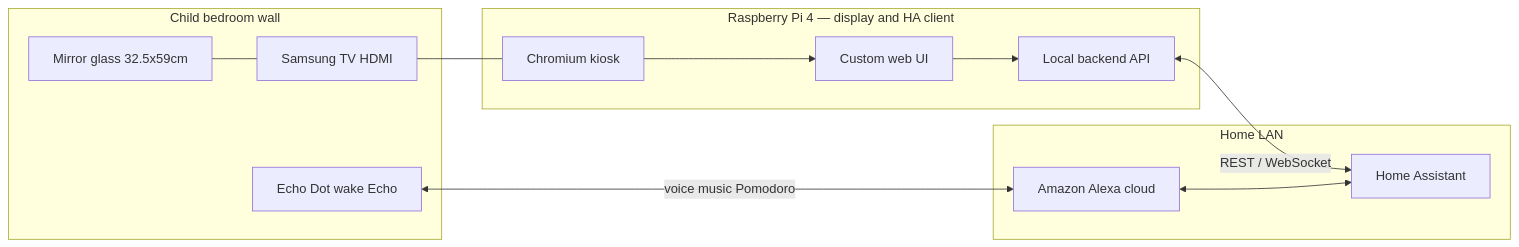
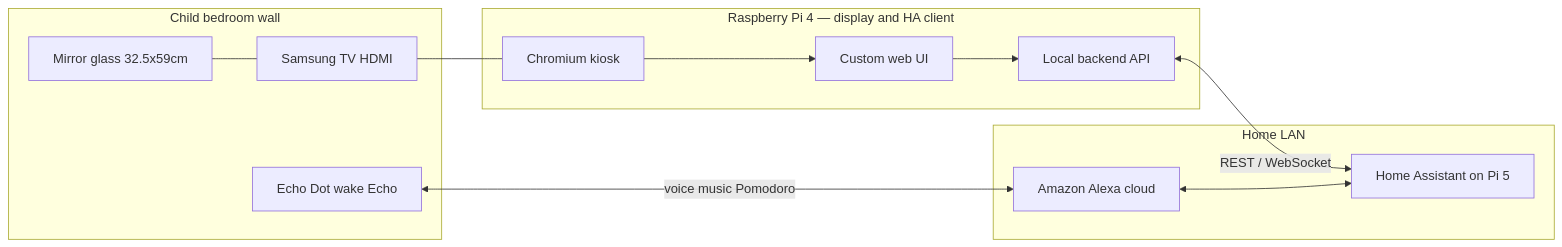
Before and after one commit to mattschoenholz/magic-mirror: the diagram in docs/ARCHITECTURE.md, drawn with Mermaid. The commit also changed other lines of this file and 9 other files, not shown here.

````diff
--- a/docs/ARCHITECTURE.md
+++ b/docs/ARCHITECTURE.md
@@ -10,24 +10,24 @@
 ```mermaid
 flowchart LR
   subgraph pi [Raspberry Pi 4 — display and HA client]
     CH[Chromium kiosk]
     WEB[Custom web UI]
     API[Local backend API]
   end
   subgraph room [Child bedroom wall]
     MG[Mirror glass 32.5x59cm]
     DISP[Samsung TV HDMI]
     ECHO[Echo Dot wake Echo]
   end
   subgraph home [Home LAN]
-    HA[Home Assistant]
+    HA[Home Assistant on Pi 5]
     AMZ[Amazon Alexa cloud]
   end
   MG --- DISP
   DISP --- CH
   CH --> WEB
   WEB --> API
   API <-->|REST / WebSocket| HA
   ECHO <-->|voice music Pomodoro| AMZ
   AMZ <--> HA
 ```
````
